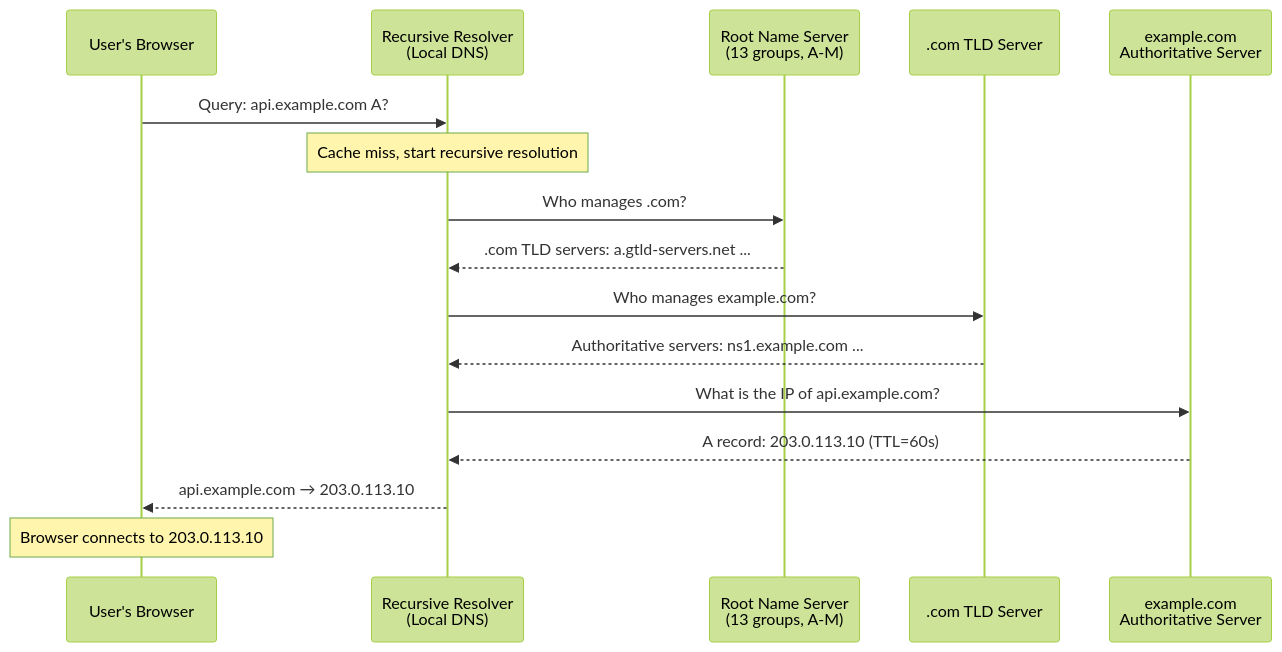
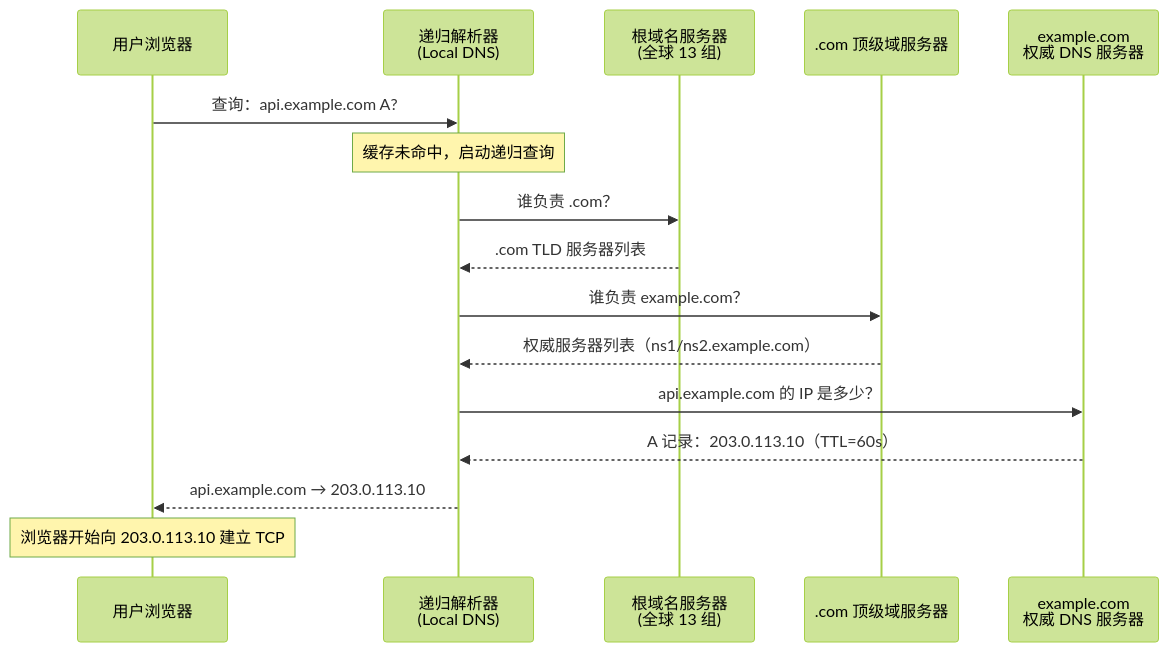
One commit to caozhiyi/network-book changed the first of 3 diagrams in docs/23.全球用户如何找到最近的服务DNS与GSLB.md. Above: the diagram before and after it, drawn with Mermaid (forest theme). The commit also changed other lines of this file and 36 other files, not shown here.

````diff
--- a/docs/23.全球用户如何找到最近的服务DNS与GSLB.md
+++ b/docs/23.全球用户如何找到最近的服务DNS与GSLB.md
@@ -35,23 +35,23 @@
 ```mermaid
 sequenceDiagram
-    participant User as User's Browser
-    participant RR as Recursive Resolver<br/>(Local DNS)
-    participant Root as Root Name Server<br/>(13 groups, A-M)
-    participant TLD as .com TLD Server
-    participant Auth as example.com<br/>Authoritative Server
+    participant User as 用户浏览器
+    participant RR as 递归解析器<br/>(Local DNS)
+    participant Root as 根域名服务器<br/>(全球 13 组)
+    participant TLD as .com 顶级域服务器
+    participant Auth as example.com<br/>权威 DNS 服务器
 
-    User->>RR: Query: api.example.com A?
-    Note over RR: Cache miss, start recursive resolution
+    User->>RR: 查询：api.example.com A?
+    Note over RR: 缓存未命中，启动递归查询
 
-    RR->>Root: Who manages .com?
-    Root-->>RR: .com TLD servers: a.gtld-servers.net ...
+    RR->>Root: 谁负责 .com？
+    Root-->>RR: .com TLD 服务器列表
 
-    RR->>TLD: Who manages example.com?
-    TLD-->>RR: Authoritative servers: ns1.example.com ...
+    RR->>TLD: 谁负责 example.com？
+    TLD-->>RR: 权威服务器列表（ns1/ns2.example.com）
 
-    RR->>Auth: What is the IP of api.example.com?
-    Auth-->>RR: A record: 203.0.113.10 (TTL=60s)
+    RR->>Auth: api.example.com 的 IP 是多少？
+    Auth-->>RR: A 记录：203.0.113.10（TTL=60s）
 
     RR-->>User: api.example.com → 203.0.113.10
-    Note over User: Browser connects to 203.0.113.10
+    Note over User: 浏览器开始向 203.0.113.10 建立 TCP
 ```
````
